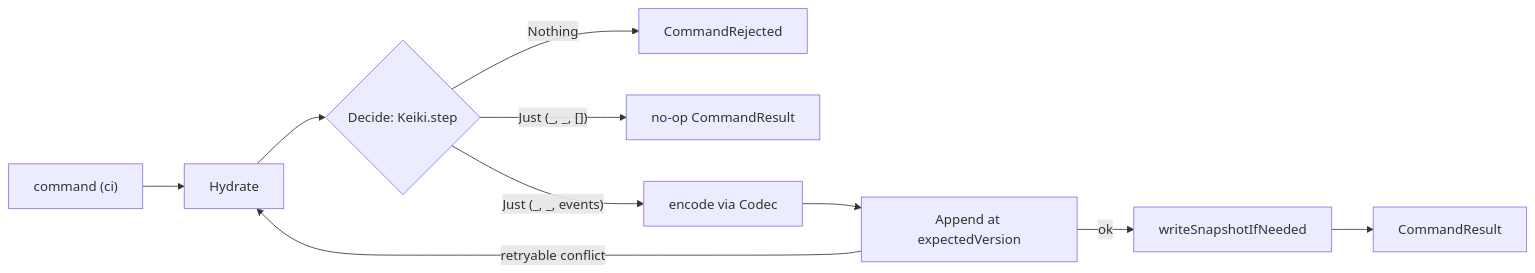
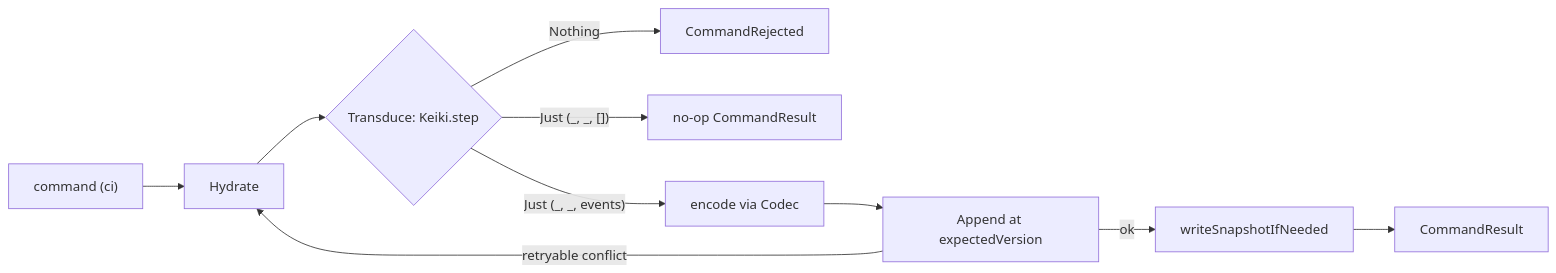
One commit to shinzui/keiro-runtime-docs changed the diagram in content/docs/keiro/walkthrough/command-cycle/00-start-here.mdx. Above: the diagram before and after it, drawn with Mermaid. The commit also changed other lines of this file and 12 other files, not shown here.

First line of the commit message:
docs(keiro): rename command-cycle phase Decide → Transduce; add transducer primer

````diff
--- a/content/docs/keiro/walkthrough/command-cycle/00-start-here.mdx
+++ b/content/docs/keiro/walkthrough/command-cycle/00-start-here.mdx
@@ -17,12 +17,12 @@
 ```mermaid
 flowchart LR
   Cmd["command (ci)"] --> H["Hydrate"]
-  H --> D{"Decide: Keiki.step"}
+  H --> D{"Transduce: Keiki.step"}
   D -- "Nothing" --> Rej["CommandRejected"]
   D -- "Just (_, _, [])" --> NoOp["no-op CommandResult"]
   D -- "Just (_, _, events)" --> Enc["encode via Codec"]
   Enc --> A["Append at expectedVersion"]
   A -- "retryable conflict" --> H
   A -- "ok" --> Snap["writeSnapshotIfNeeded"]
   Snap --> Res["CommandResult"]
 ```
````
